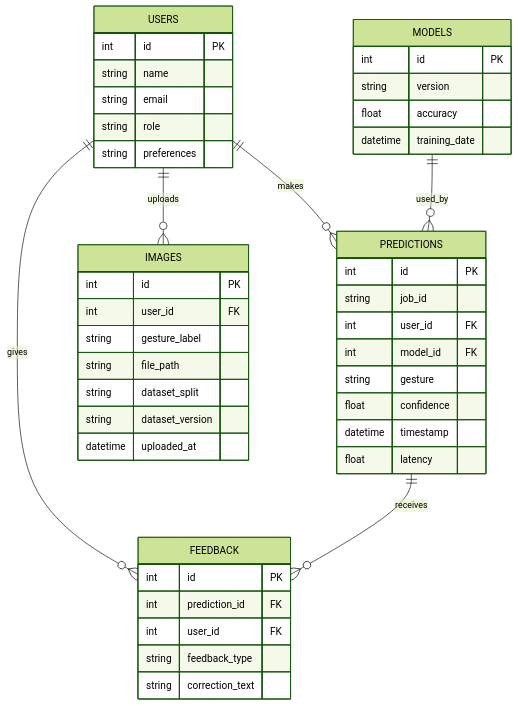
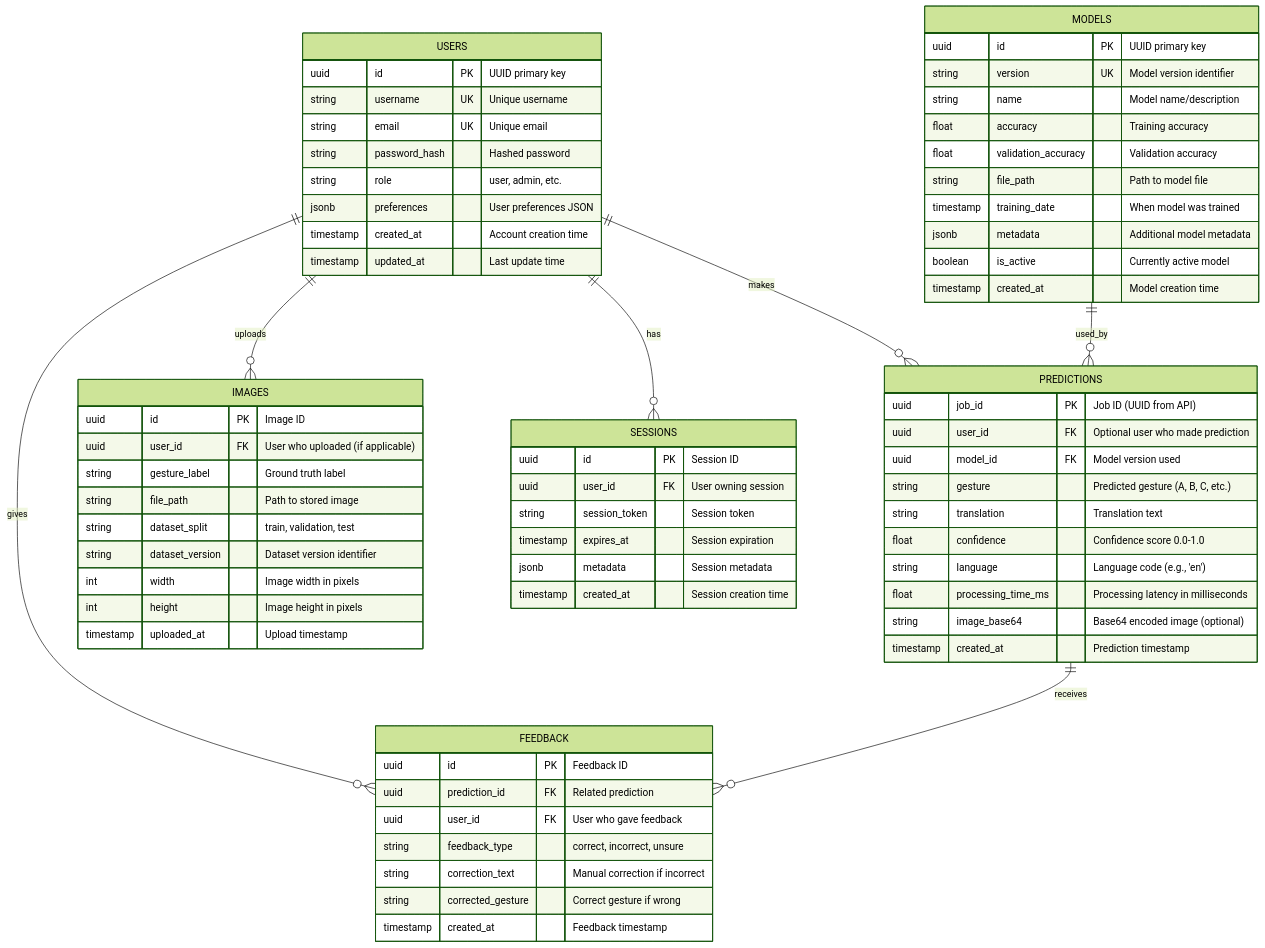
The diagram in db/erd.md (inevitablySour/ASL-Translator), drawn with Mermaid (forest theme) before and after one commit. The commit also changed other lines of this file, not shown here.

Commit message:
finish erd v2

````diff
--- a/db/erd.md
+++ b/db/erd.md
@@ -3,53 +4,80 @@
 ```mermaid
 erDiagram
     USERS {
-        int id PK
-        string name
-        string email
-        string role
-        string preferences
+        uuid id PK "UUID primary key"
+        string username UK "Unique username"
+        string email UK "Unique email"
+        string password_hash "Hashed password"
+        string role "user, admin, etc."
+        jsonb preferences "User preferences JSON"
+        timestamp created_at "Account creation time"
+        timestamp updated_at "Last update time"
     }
 
     MODELS {
-        int id PK
-        string version
-        float accuracy
-        datetime training_date
+        uuid id PK "UUID primary key"
+        string version UK "Model version identifier"
+        string name "Model name/description"
+        float accuracy "Training accuracy"
+        float validation_accuracy "Validation accuracy"
+        string file_path "Path to model file"
+        timestamp training_date "When model was trained"
+        jsonb metadata "Additional model metadata"
+        boolean is_active "Currently active model"
+        timestamp created_at "Model creation time"
     }
 
     PREDICTIONS {
-        int id PK
-        string job_id
-        int user_id FK
-        int model_id FK
-        string gesture
-        float confidence
-        datetime timestamp
-        float latency
+        uuid job_id PK "Job ID (UUID from API)"
+        uuid user_id FK "Optional user who made prediction"
+        uuid model_id FK "Model version used"
+        string gesture "Predicted gesture (A, B, C, etc.)"
+        string translation "Translation text"
+        float confidence "Confidence score 0.0-1.0"
+        string language "Language code (e.g., 'en')"
+        float processing_time_ms "Processing latency in milliseconds"
+        string image_base64 "Base64 encoded image (optional)"
+        timestamp created_at "Prediction timestamp"
     }
 
     FEEDBACK {
-        int id PK
-        int prediction_id FK
-        int user_id FK
-        string feedback_type
-        string correction_text
+        uuid id PK "Feedback ID"
+        uuid prediction_id FK "Related prediction"
+        uuid user_id FK "User who gave feedback"
+        string feedback_type "correct, incorrect, unsure"
+        string correction_text "Manual correction if incorrect"
+        string corrected_gesture "Correct gesture if wrong"
+        timestamp created_at "Feedback timestamp"
     }
 
     IMAGES {
-        int id PK
-        int user_id FK
-        string gesture_label
-        string file_path
-        string dataset_split
-        string dataset_version
-        datetime uploaded_at
+        uuid id PK "Image ID"
+        uuid user_id FK "User who uploaded (if applicable)"
+        string gesture_label "Ground truth label"
+        string file_path "Path to stored image"
+        string dataset_split "train, validation, test"
+        string dataset_version "Dataset version identifier"
+        int width "Image width in pixels"
+        int height "Image height in pixels"
+        timestamp uploaded_at "Upload timestamp"
+    }
+
+    SESSIONS {
+        uuid id PK "Session ID"
+        uuid user_id FK "User owning session"
+        string session_token "Session token"
+        timestamp expires_at "Session expiration"
+        jsonb metadata "Session metadata"
+        timestamp created_at "Session creation time"
     }
 
     %% Relationships
     USERS ||--o{ PREDICTIONS : "makes"
     USERS ||--o{ FEEDBACK : "gives"
+    USERS ||--o{ IMAGES : "uploads"
+    USERS ||--o{ SESSIONS : "has"
+    
+    MODELS ||--o{ PREDICTIONS : "used_by"
+    
     PREDICTIONS ||--o{ FEEDBACK : "receives"
-    MODELS ||--o{ PREDICTIONS : "used_by"
-    USERS ||--o{ IMAGES : "uploads"
 ```
````
